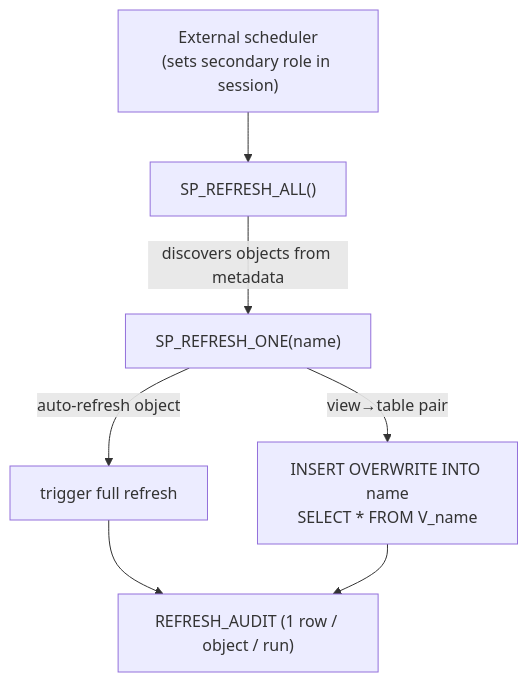
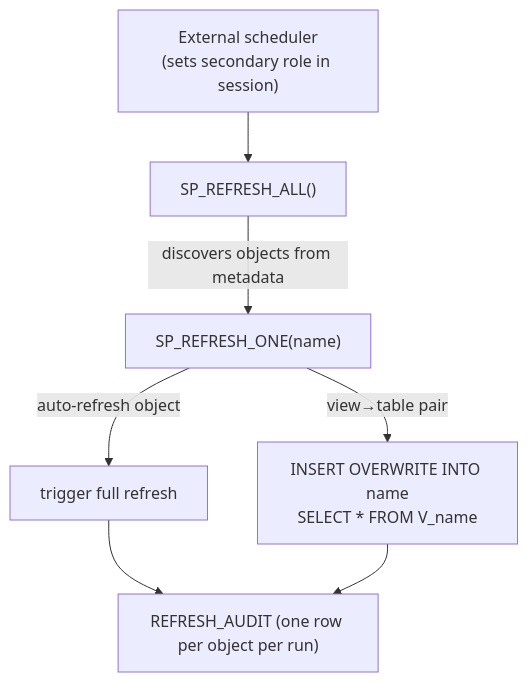
Before and after one commit to hsg09/governed-reporting-data-mart-snowflake: the third of 5 diagrams in README.md, drawn with Mermaid. The commit also changed other lines of this file, not shown here.

````diff
--- a/README.md
+++ b/README.md
@@ -289,9 +195,9 @@
 ```mermaid
 graph TD
     ORCH["External scheduler<br/>(sets secondary role in session)"] --> ALL["SP_REFRESH_ALL()"]
     ALL -->|discovers objects from metadata| ONE["SP_REFRESH_ONE(name)"]
     ONE -->|auto-refresh object| DT["trigger full refresh"]
     ONE -->|view→table pair| BT["INSERT OVERWRITE INTO name<br/>SELECT * FROM V_name"]
-    DT --> LOG["REFRESH_AUDIT (1 row / object / run)"]
+    DT --> LOG["REFRESH_AUDIT (one row per object per run)"]
     BT --> LOG
 ```
````
